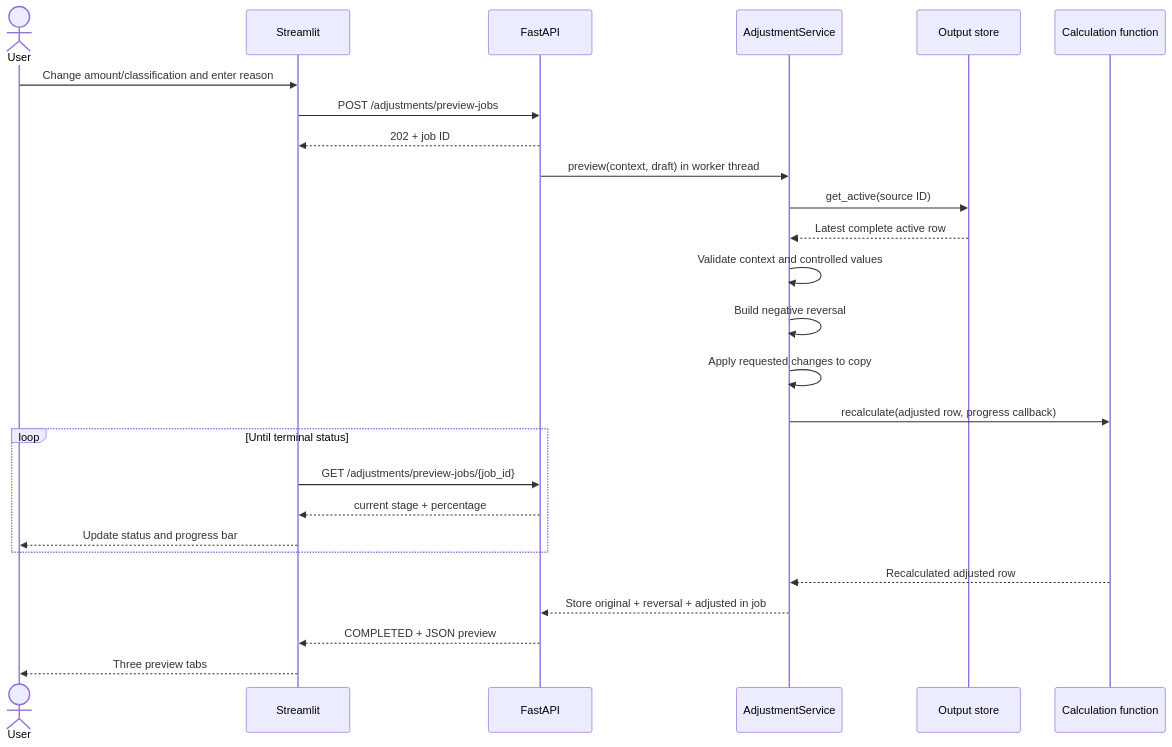
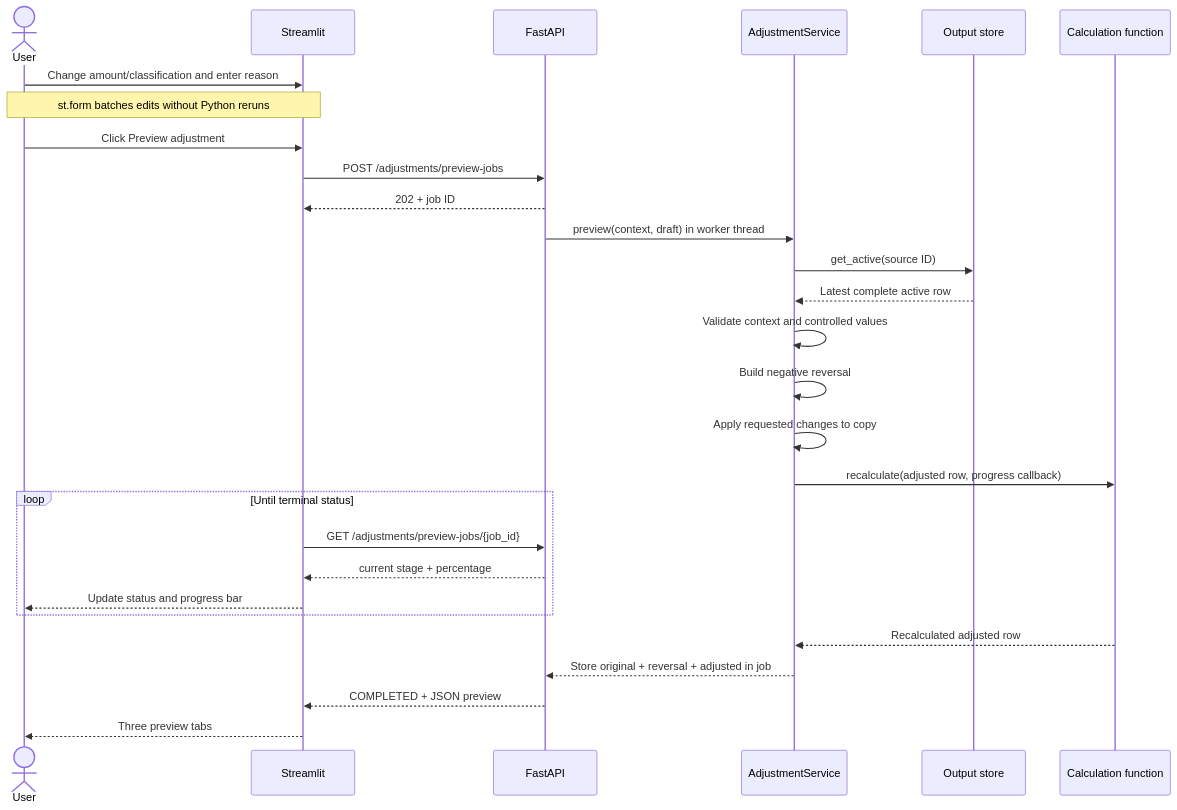
Before and after one commit to younesszaim/ajustement: the fifth of 9 diagrams in docs/streamlit-fastapi-architecture.md, drawn with Mermaid. The commit also changed other lines of this file and 1 other file, not shown here.

Commit message:
batch Streamlit adjustment edits in a form

````diff
--- a/docs/streamlit-fastapi-architecture.md
+++ b/docs/streamlit-fastapi-architecture.md
@@ -513,29 +519,31 @@
 ```mermaid
 sequenceDiagram
     actor User
     participant UI as Streamlit
     participant API as FastAPI
     participant Service as AdjustmentService
     participant Output as Output store
     participant Calc as Calculation function
 
     User->>UI: Change amount/classification and enter reason
+    Note over User,UI: st.form batches edits without Python reruns
+    User->>UI: Click Preview adjustment
     UI->>API: POST /adjustments/preview-jobs
     API-->>UI: 202 + job ID
     API->>Service: preview(context, draft) in worker thread
     Service->>Output: get_active(source ID)
     Output-->>Service: Latest complete active row
     Service->>Service: Validate context and controlled values
     Service->>Service: Build negative reversal
     Service->>Service: Apply requested changes to copy
     Service->>Calc: recalculate(adjusted row, progress callback)
     loop Until terminal status
         UI->>API: GET /adjustments/preview-jobs/{job_id}
         API-->>UI: current stage + percentage
         UI-->>User: Update status and progress bar
     end
     Calc-->>Service: Recalculated adjusted row
     Service-->>API: Store original + reversal + adjusted in job
     API-->>UI: COMPLETED + JSON preview
     UI-->>User: Three preview tabs
 ```
````
